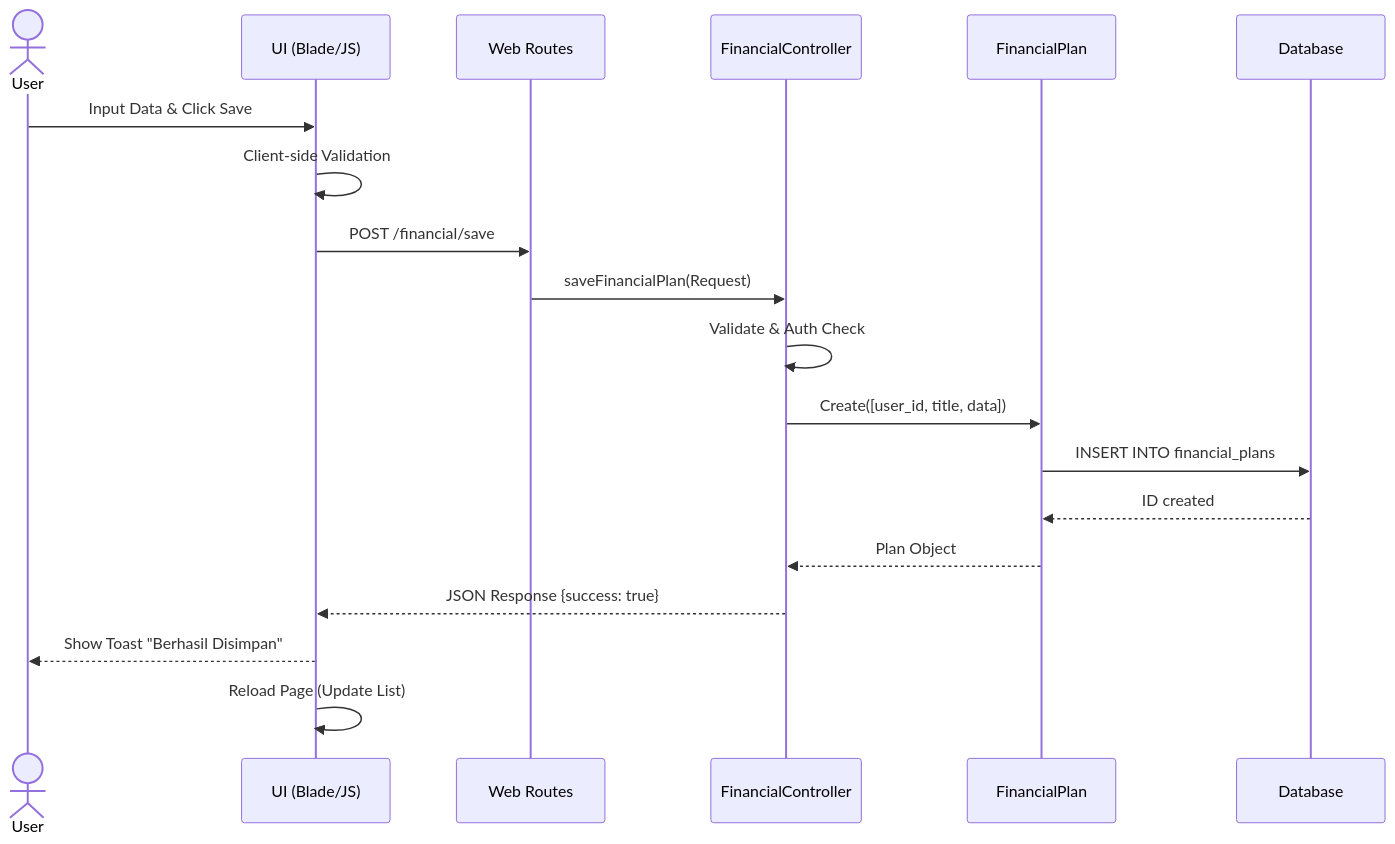
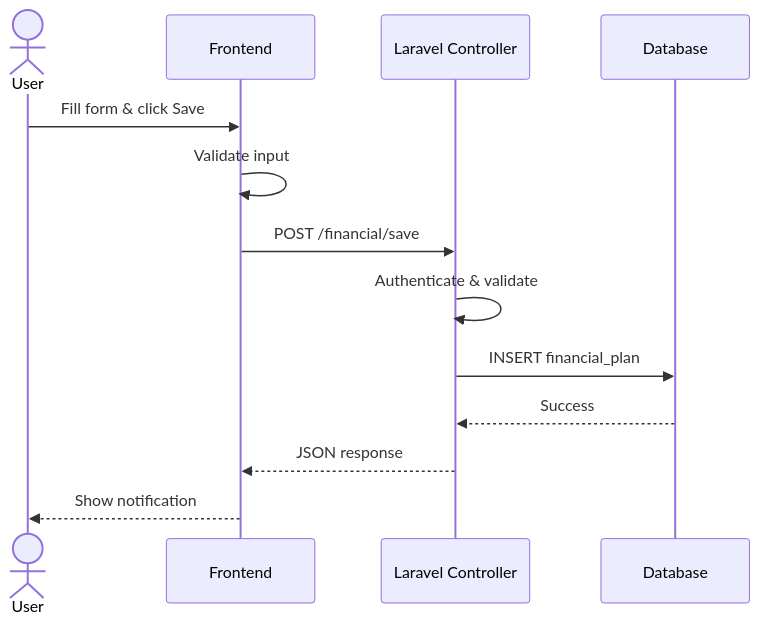
The third of 4 diagrams in README.md (falcon-ioi/Caclcon), drawn with Mermaid before and after one commit. The commit also changed other lines of this file, not shown here.

Commit message:
Docs: Clean up UML diagrams for elegance and readability

````diff
--- a/README.md
+++ b/README.md
@@ -134,22 +134,16 @@
 ```mermaid
 sequenceDiagram
     actor User
-    participant View as UI (Blade/JS)
-    participant Route as Web Routes
-    participant Controller as FinancialController
-    participant Model as FinancialPlan
+    participant UI as Frontend
+    participant API as Laravel Controller
     participant DB as Database
 
-    User->>View: Input Data & Click Save
-    View->>View: Client-side Validation
-    View->>Route: POST /financial/save
-    Route->>Controller: saveFinancialPlan(Request)
-    Controller->>Controller: Validate & Auth Check
-    Controller->>Model: Create([user_id, title, data])
-    Model->>DB: INSERT INTO financial_plans
-    DB-->>Model: ID created
-    Model-->>Controller: Plan Object
-    Controller-->>View: JSON Response {success: true}
-    View-->>User: Show Toast "Berhasil Disimpan"
-    View->>View: Reload Page (Update List)
+    User->>UI: Fill form & click Save
+    UI->>UI: Validate input
+    UI->>API: POST /financial/save
+    API->>API: Authenticate & validate
+    API->>DB: INSERT financial_plan
+    DB-->>API: Success
+    API-->>UI: JSON response
+    UI-->>User: Show notification
 ```
````
